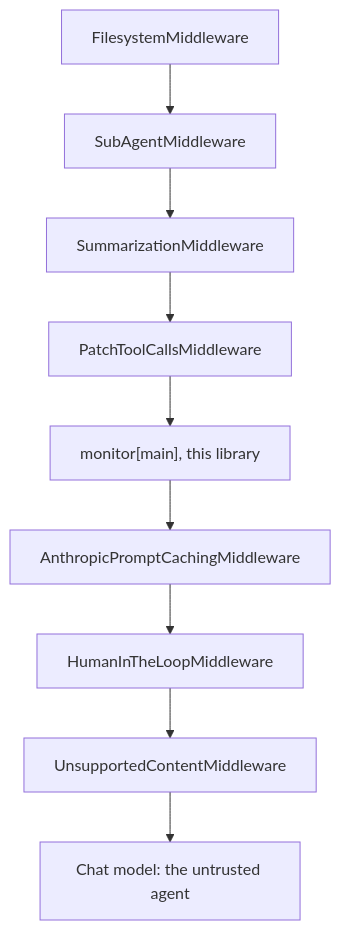
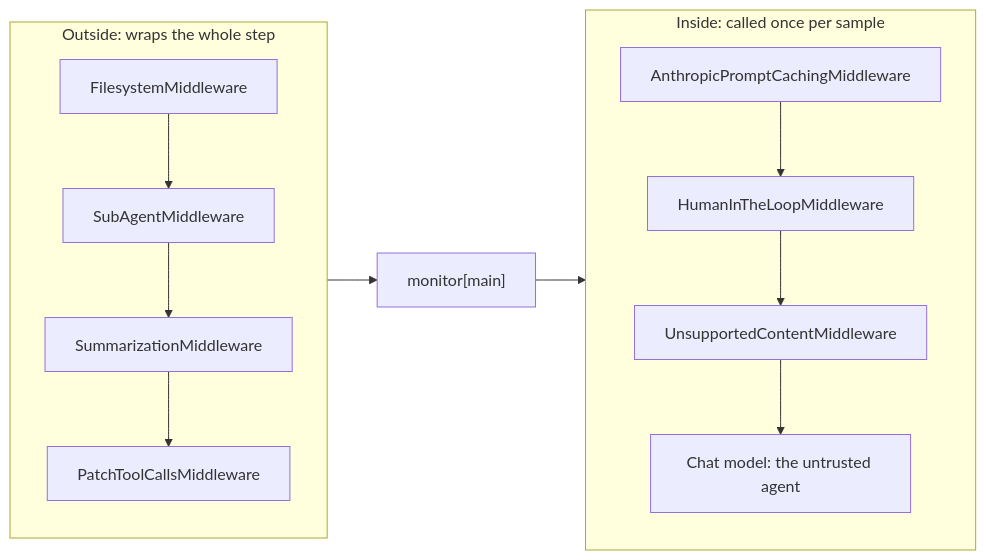
One commit to omamori-lab/langchain-sync-monitors changed the first of 7 diagrams in docs/explanation/design.md. Above: the diagram before and after it, drawn with Mermaid. The commit also changed other lines of this file, not shown here.

First line of the commit message:
Tighten the design page's diagrams and cited claims

````diff
--- a/docs/explanation/design.md
+++ b/docs/explanation/design.md
@@ -61,11 +61,17 @@
 ```mermaid
-flowchart TD
-    filesystem["FilesystemMiddleware"] --> subagents["SubAgentMiddleware"]
-    subagents --> summarisation["SummarizationMiddleware"]
-    summarisation --> patch["PatchToolCallsMiddleware"]
-    patch --> ours["monitor[main], this library"]
-    ours --> caching["AnthropicPromptCachingMiddleware"]
-    caching --> approval["HumanInTheLoopMiddleware"]
-    approval --> content["UnsupportedContentMiddleware"]
-    content --> model["Chat model: the untrusted agent"]
+flowchart LR
+    subgraph outside ["Outside: wraps the whole step"]
+        direction TB
+        filesystem["FilesystemMiddleware"] --> subagents["SubAgentMiddleware"]
+        subagents --> summarisation["SummarizationMiddleware"]
+        summarisation --> patch["PatchToolCallsMiddleware"]
+    end
+    subgraph inside ["Inside: called once per sample"]
+        direction TB
+        caching["AnthropicPromptCachingMiddleware"] --> approval["HumanInTheLoopMiddleware"]
+        approval --> content["UnsupportedContentMiddleware"]
+        content --> model["Chat model: the untrusted agent"]
+    end
+    outside --> ours["monitor[main]"]
+    ours --> inside
 ```
````
